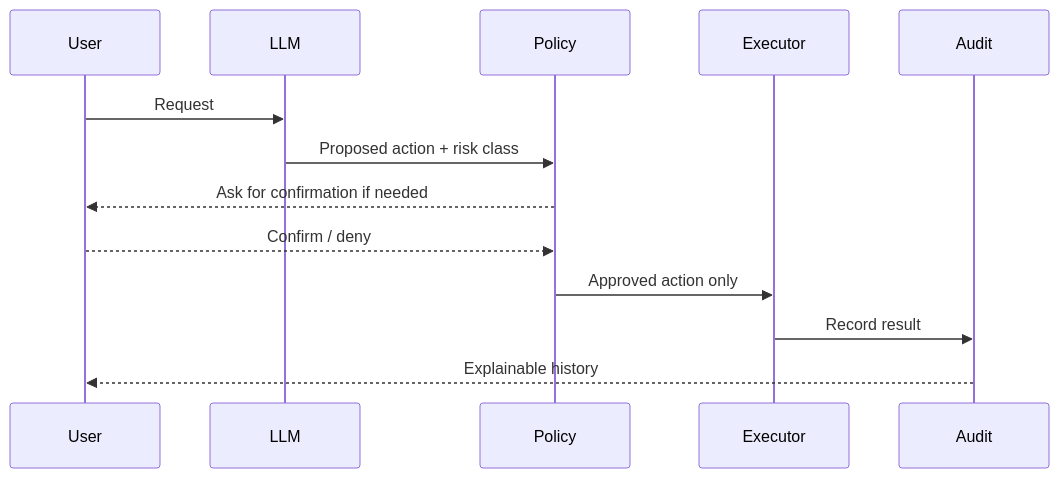
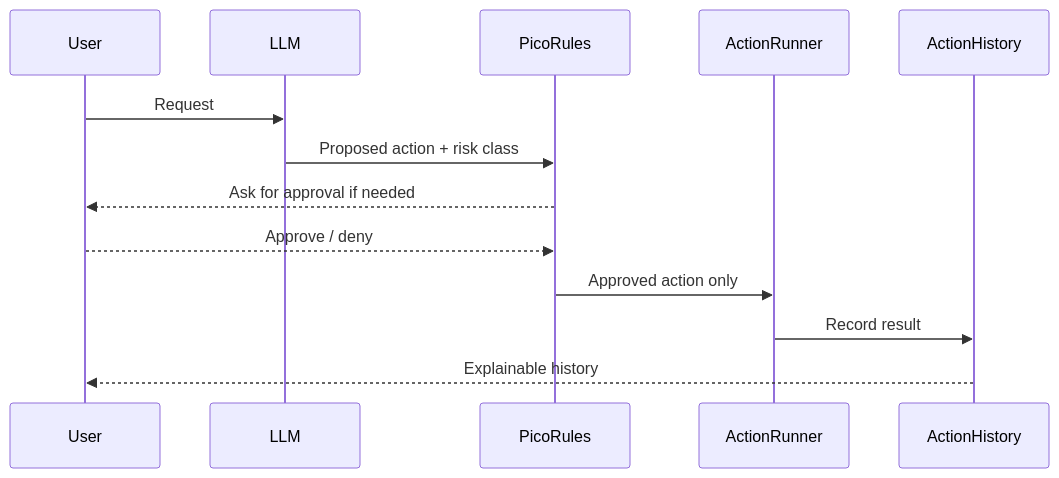
The first of 2 diagrams in ReadmeTech.md (riederch/pico), drawn with Mermaid before and after one commit. The commit also changed other lines of this file, not shown here.

````diff
--- a/ReadmeTech.md
+++ b/ReadmeTech.md
@@ -66,16 +82,16 @@
 ```mermaid
 sequenceDiagram
     participant User
     participant LLM
-    participant Policy
-    participant Executor
-    participant Audit
+    participant PicoRules
+    participant ActionRunner
+    participant ActionHistory
 
     User->>LLM: Request
-    LLM->>Policy: Proposed action + risk class
-    Policy-->>User: Ask for confirmation if needed
-    User-->>Policy: Confirm / deny
-    Policy->>Executor: Approved action only
-    Executor->>Audit: Record result
-    Audit-->>User: Explainable history
+    LLM->>PicoRules: Proposed action + risk class
+    PicoRules-->>User: Ask for approval if needed
+    User-->>PicoRules: Approve / deny
+    PicoRules->>ActionRunner: Approved action only
+    ActionRunner->>ActionHistory: Record result
+    ActionHistory-->>User: Explainable history
 ```
````
